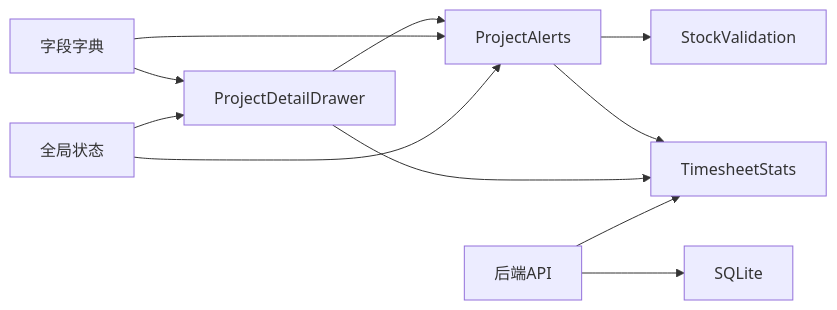
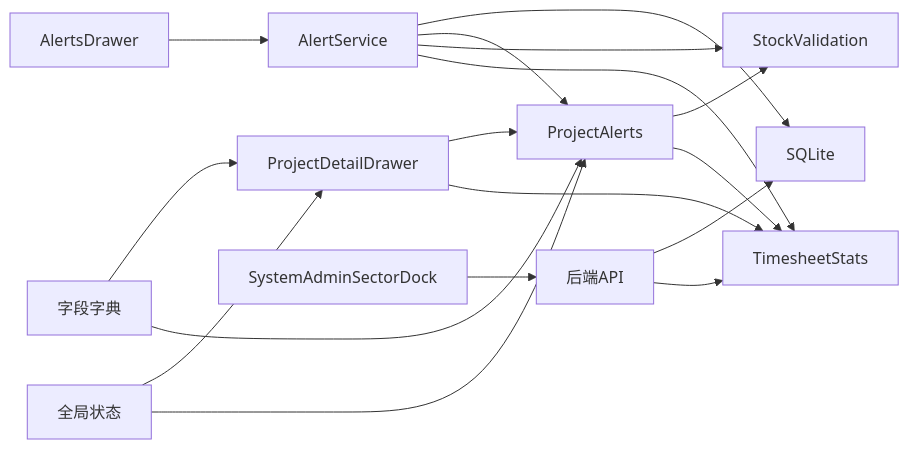
Before and after one commit to marcelxu0272/202605_project-tracking-table: the fifth of 5 diagrams in .qoder/repowiki/zh/content/核心业务模块/项目预警系统.md, drawn with Mermaid. The commit also changed other lines of this file and 8 other files, not shown here.

````diff
--- a/.qoder/repowiki/zh/content/核心业务模块/项目预警系统.md
+++ b/.qoder/repowiki/zh/content/核心业务模块/项目预警系统.md
@@ -289,13 +378,19 @@
 ```mermaid
 graph LR
 Alerts["ProjectAlerts"] --> Stock["StockValidation"]
 Alerts --> TS["TimesheetStats"]
 Drawer["ProjectDetailDrawer"] --> Alerts
 Drawer --> TS
-API["后端API"] --> DB["SQLite"]
+AdminDrawer["AlertsDrawer"] --> AlertService["AlertService"]
+AlertService --> DB["SQLite"]
+AlertService --> Alerts
+AlertService --> Stock
+AlertService --> TS
+API["后端API"] --> DB
 API --> TS
 Fields["字段字典"] --> Drawer
 Fields --> Alerts
 Store["全局状态"] --> Drawer
 Store --> Alerts
+SystemDock["SystemAdminSectorDock"] --> API
 ```
````
